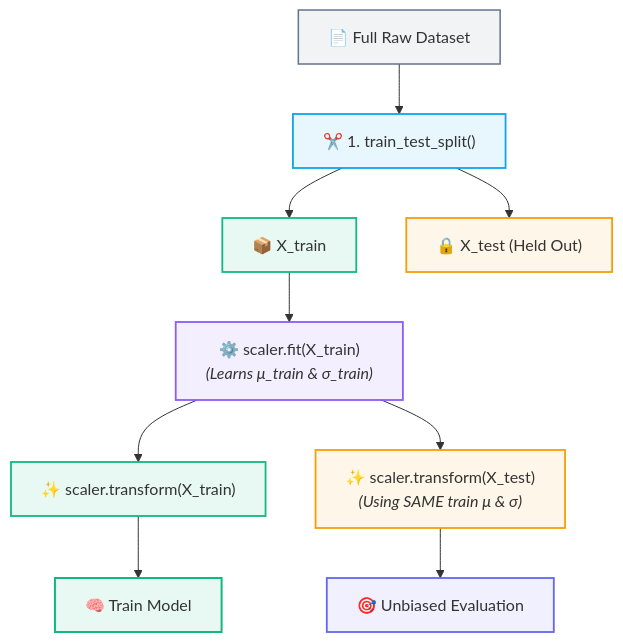
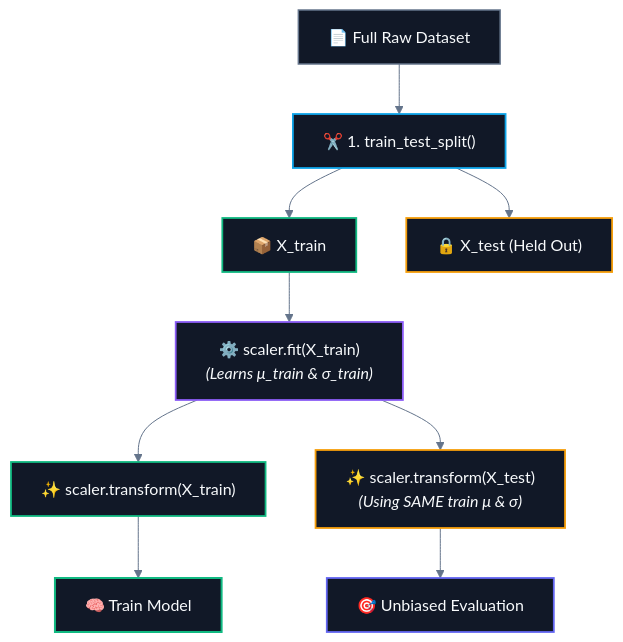
Before and after one commit to abhinavbharti2345/CS_Notes: the second of 2 diagrams in CS/AI & ML/02. Data Preprocessing/04. Feature Scaling.md, drawn with Mermaid. The commit also changed other lines of this file and 195 other files, not shown here.

````diff
--- a/CS/AI & ML/02. Data Preprocessing/04. Feature Scaling.md
+++ b/CS/AI & ML/02. Data Preprocessing/04. Feature Scaling.md
@@ -150,31 +151,32 @@
 ```mermaid
+%%{init: {'theme': 'base', 'themeVariables': { 'darkMode': true, 'background': '#0B0F14', 'mainBkg': '#111827', 'primaryColor': '#111827', 'primaryTextColor': '#F8FAFC', 'primaryBorderColor': '#38BDF8', 'lineColor': '#64748B', 'secondaryColor': '#0B0F14', 'tertiaryColor': '#0B0F14', 'clusterBkg': '#0B0F14', 'clusterBorder': '#38BDF8' }}}%%
 flowchart TD
     Raw["📄 Full Raw Dataset"] --> Split["✂️ 1. train_test_split()"]
     
     Split --> Train["📦 X_train"]
     Split --> Test["🔒 X_test (Held Out)"]
     
     Train --> Fit["⚙️ scaler.fit(X_train)<br><i>(Learns μ_train & σ_train)</i>"]
     
     Fit --> TransTrain["✨ scaler.transform(X_train)"]
     Fit --> TransTest["✨ scaler.transform(X_test)<br><i>(Using SAME train μ & σ)</i>"]
     
     TransTrain --> Model["🧠 Train Model"]
     TransTest --> Eval["🎯 Unbiased Evaluation"]
 
-    classDef raw fill:#64748b15,stroke:#64748b,stroke-width:1.5px;
-    classDef split fill:#0ea5e918,stroke:#0ea5e9,stroke-width:1.8px;
-    classDef train fill:#10b98118,stroke:#10b981,stroke-width:1.8px;
-    classDef test fill:#f59e0b18,stroke:#f59e0b,stroke-width:1.8px;
-    classDef fit fill:#8b5cf618,stroke:#8b5cf6,stroke-width:1.8px;
-    classDef model fill:#10b98118,stroke:#10b981,stroke-width:2px;
-    classDef eval fill:#6366f118,stroke:#6366f1,stroke-width:1.8px;
+    classDef raw fill:#111827,stroke:#64748b,stroke-width:1.5px,color:#F8FAFC;
+    classDef split fill:#111827,stroke:#0ea5e9,stroke-width:1.8px,color:#F8FAFC;
+    classDef train fill:#111827,stroke:#10b981,stroke-width:1.8px,color:#F8FAFC;
+    classDef test fill:#111827,stroke:#f59e0b,stroke-width:1.8px,color:#F8FAFC;
+    classDef fit fill:#111827,stroke:#8b5cf6,stroke-width:1.8px,color:#F8FAFC;
+    classDef model fill:#111827,stroke:#10b981,stroke-width:2px,color:#F8FAFC;
+    classDef eval fill:#111827,stroke:#6366f1,stroke-width:1.8px,color:#F8FAFC;
 
     class Raw raw;
     class Split split;
     class Train,TransTrain train;
     class Test,TransTest test;
     class Fit fit;
     class Model model;
     class Eval eval;
 ```
````
